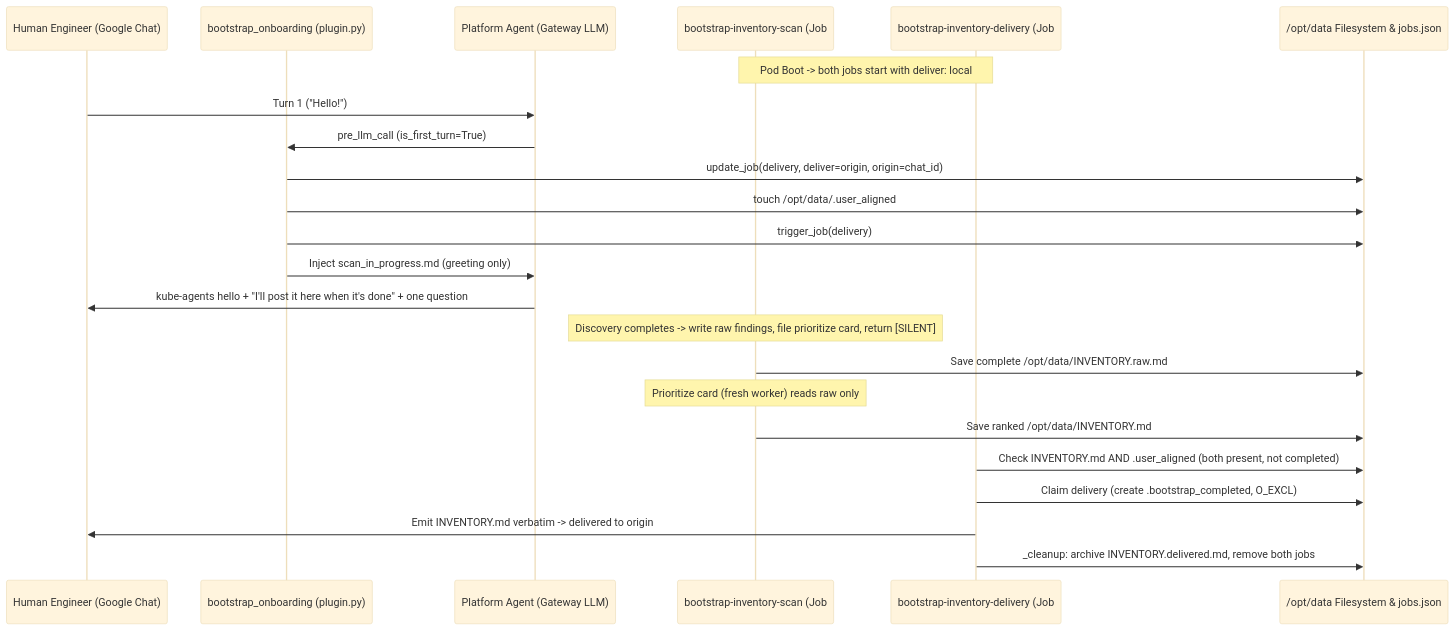
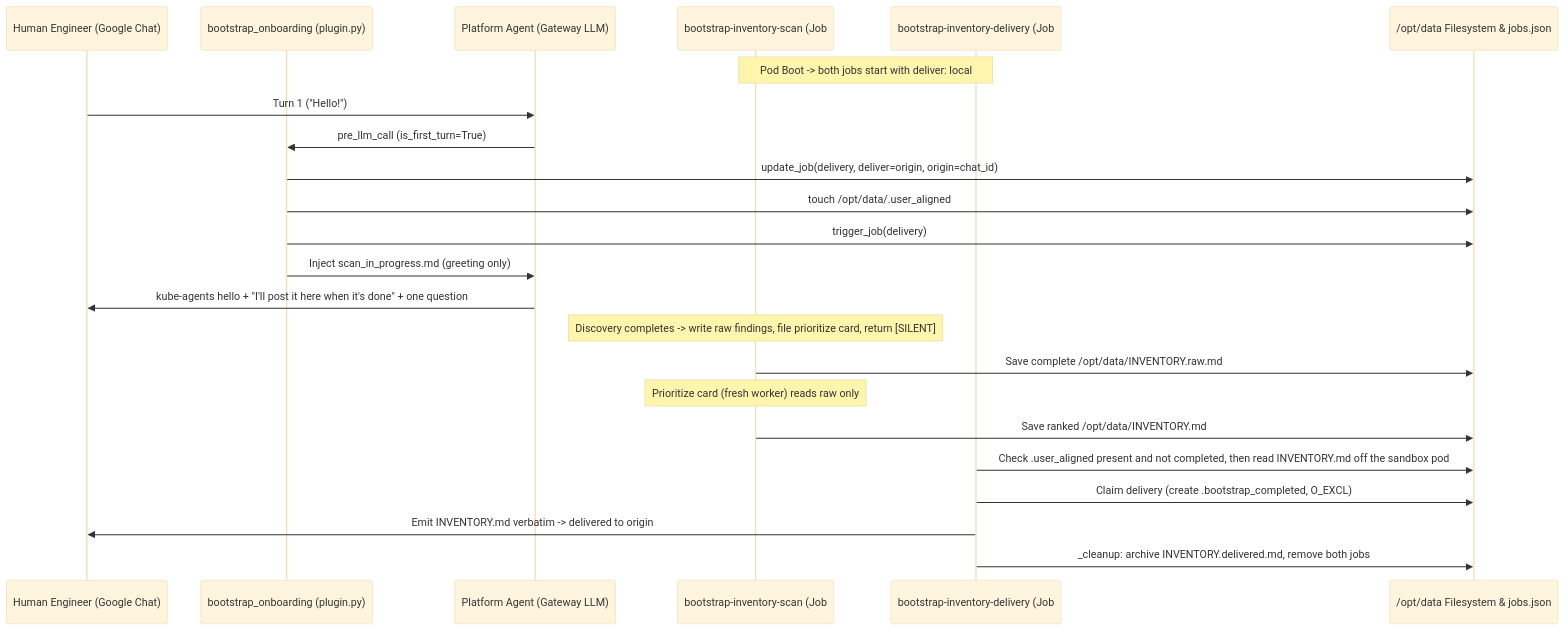
Before and after one commit to gke-labs/kube-agents: the second of 3 diagrams in agents/chat/defaults/plugins/bootstrap_onboarding/README.md, drawn with Mermaid (base theme). The commit also changed other lines of this file and 13 other files, not shown here.

First line of the commit message:
test(bench): check that onboarding delivery read the report off the sandbox

````diff
--- a/agents/chat/defaults/plugins/bootstrap_onboarding/README.md
+++ b/agents/chat/defaults/plugins/bootstrap_onboarding/README.md
@@ -115,26 +115,26 @@
 ```mermaid
 sequenceDiagram
     participant User as Human Engineer (Google Chat)
     participant Hook as bootstrap_onboarding (plugin.py)
     participant Agent as Platform Agent (Gateway LLM)
     participant Scan as bootstrap-inventory-scan (Job #1, LLM)
     participant Deliver as bootstrap-inventory-delivery (Job #2, no_agent script)
     participant Disk as /opt/data Filesystem & jobs.json
 
     Note over Scan,Deliver: Pod Boot -> both jobs start with deliver: local
     User->>Agent: Turn 1 ("Hello!")
     Agent->>Hook: pre_llm_call (is_first_turn=True)
     Hook->>Disk: update_job(delivery, deliver=origin, origin=chat_id)
     Hook->>Disk: touch /opt/data/.user_aligned
     Hook->>Disk: trigger_job(delivery)
     Hook->>Agent: Inject scan_in_progress.md (greeting only)
     Agent->>User: kube-agents hello + "I'll post it here when it's done" + one question
     Note over Scan: Discovery completes -> write raw findings, file prioritize card, return [SILENT]
     Scan->>Disk: Save complete /opt/data/INVENTORY.raw.md
     Note over Scan: Prioritize card (fresh worker) reads raw only
     Scan->>Disk: Save ranked /opt/data/INVENTORY.md
-    Deliver->>Disk: Check INVENTORY.md AND .user_aligned (both present, not completed)
+    Deliver->>Disk: Check .user_aligned present and not completed, then read INVENTORY.md off the sandbox pod
     Deliver->>Disk: Claim delivery (create .bootstrap_completed, O_EXCL)
     Deliver->>User: Emit INVENTORY.md verbatim -> delivered to origin
     Deliver->>Disk: _cleanup: archive INVENTORY.delivered.md, remove both jobs
 ```
````
